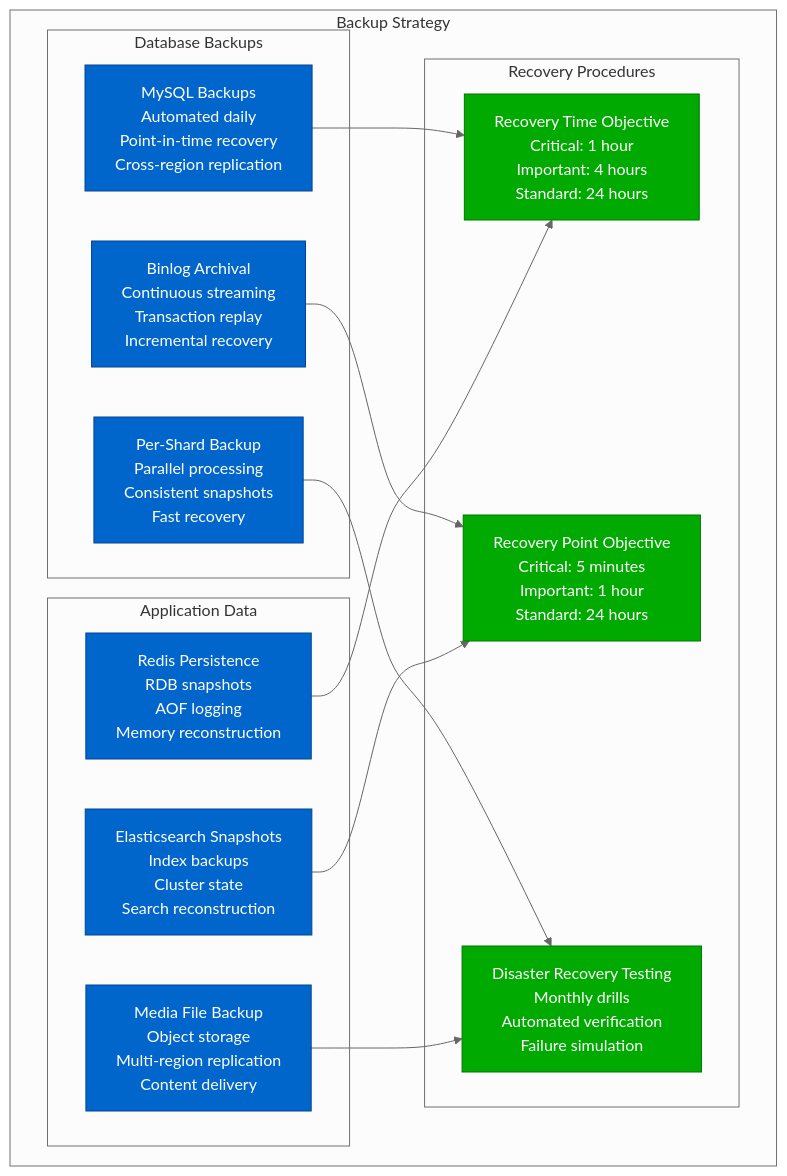
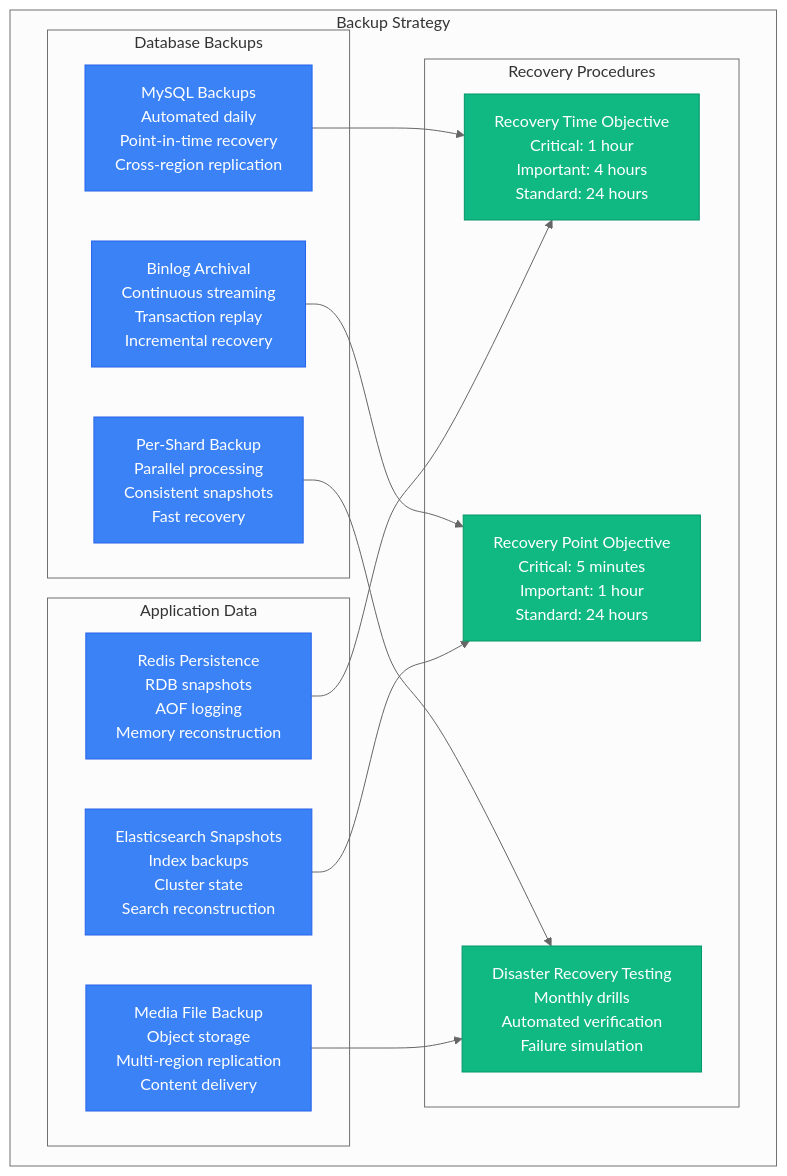
One commit to deepaucksharma/DS changed the eighth of 8 diagrams in site/docs/systems/shopify/storage-architecture.md. Above: the diagram before and after it, drawn with Mermaid (neutral theme). The commit also changed other lines of this file and 303 other files, not shown here.

````diff
--- a/site/docs/systems/shopify/storage-architecture.md
+++ b/site/docs/systems/shopify/storage-architecture.md
@@ -427,38 +427,38 @@
 ```mermaid
 graph TB
     subgraph "Backup Strategy"
         subgraph "Database Backups"
             MYSQL_BACKUP[MySQL Backups<br/>Automated daily<br/>Point-in-time recovery<br/>Cross-region replication]
             BINLOG_BACKUP[Binlog Archival<br/>Continuous streaming<br/>Transaction replay<br/>Incremental recovery]
             SHARD_BACKUP[Per-Shard Backup<br/>Parallel processing<br/>Consistent snapshots<br/>Fast recovery]
         end
 
         subgraph "Application Data"
             REDIS_BACKUP[Redis Persistence<br/>RDB snapshots<br/>AOF logging<br/>Memory reconstruction]
             ELASTIC_BACKUP[Elasticsearch Snapshots<br/>Index backups<br/>Cluster state<br/>Search reconstruction]
             MEDIA_BACKUP[Media File Backup<br/>Object storage<br/>Multi-region replication<br/>Content delivery]
         end
 
         subgraph "Recovery Procedures"
             RTO[Recovery Time Objective<br/>Critical: 1 hour<br/>Important: 4 hours<br/>Standard: 24 hours]
             RPO[Recovery Point Objective<br/>Critical: 5 minutes<br/>Important: 1 hour<br/>Standard: 24 hours]
             TESTING[Disaster Recovery Testing<br/>Monthly drills<br/>Automated verification<br/>Failure simulation]
         end
     end
 
     %% Backup flow
     MYSQL_BACKUP --> RTO
     BINLOG_BACKUP --> RPO
     SHARD_BACKUP --> TESTING
 
     REDIS_BACKUP --> RTO
     ELASTIC_BACKUP --> RPO
     MEDIA_BACKUP --> TESTING
 
     %% Apply backup colors
-    classDef backupStyle fill:#0066CC,stroke:#004499,color:#fff
-    classDef recoveryStyle fill:#00AA00,stroke:#007700,color:#fff
+    classDef backupStyle fill:#3B82F6,stroke:#2563EB,color:#fff
+    classDef recoveryStyle fill:#10B981,stroke:#059669,color:#fff
 
     class MYSQL_BACKUP,BINLOG_BACKUP,SHARD_BACKUP,REDIS_BACKUP,ELASTIC_BACKUP,MEDIA_BACKUP backupStyle
     class RTO,RPO,TESTING recoveryStyle
 ```
````
